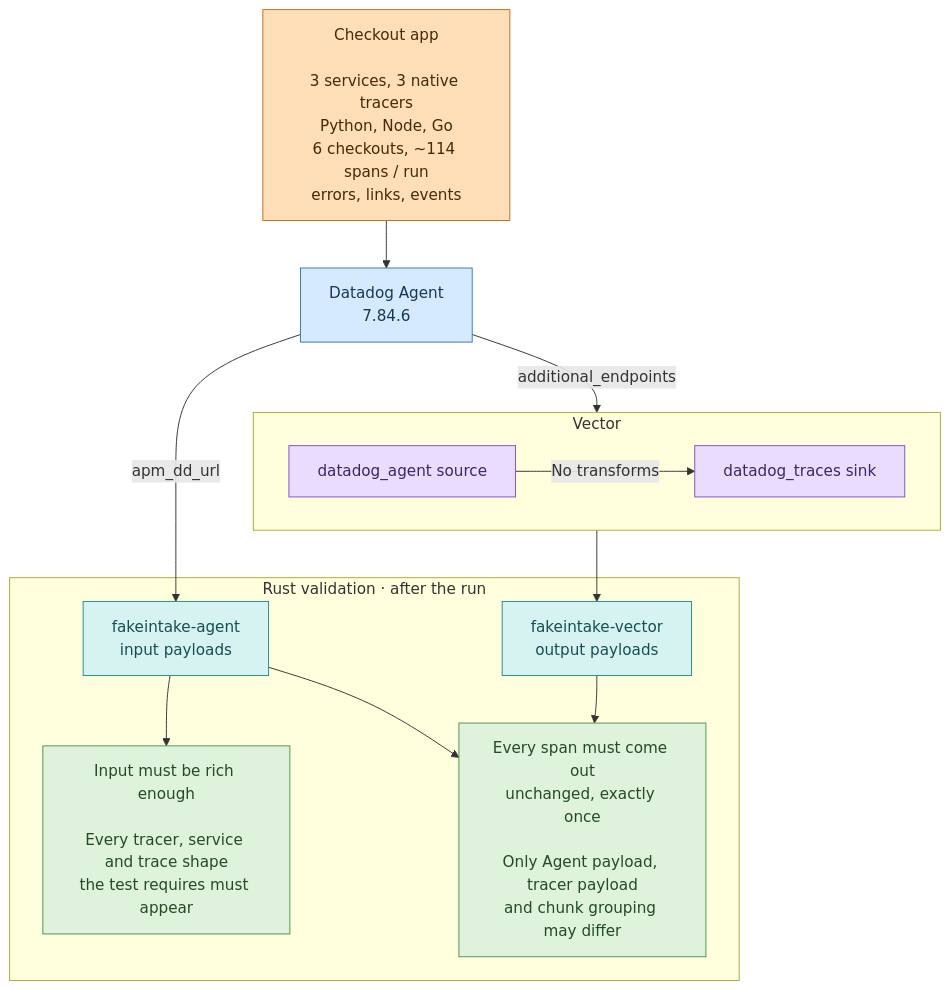
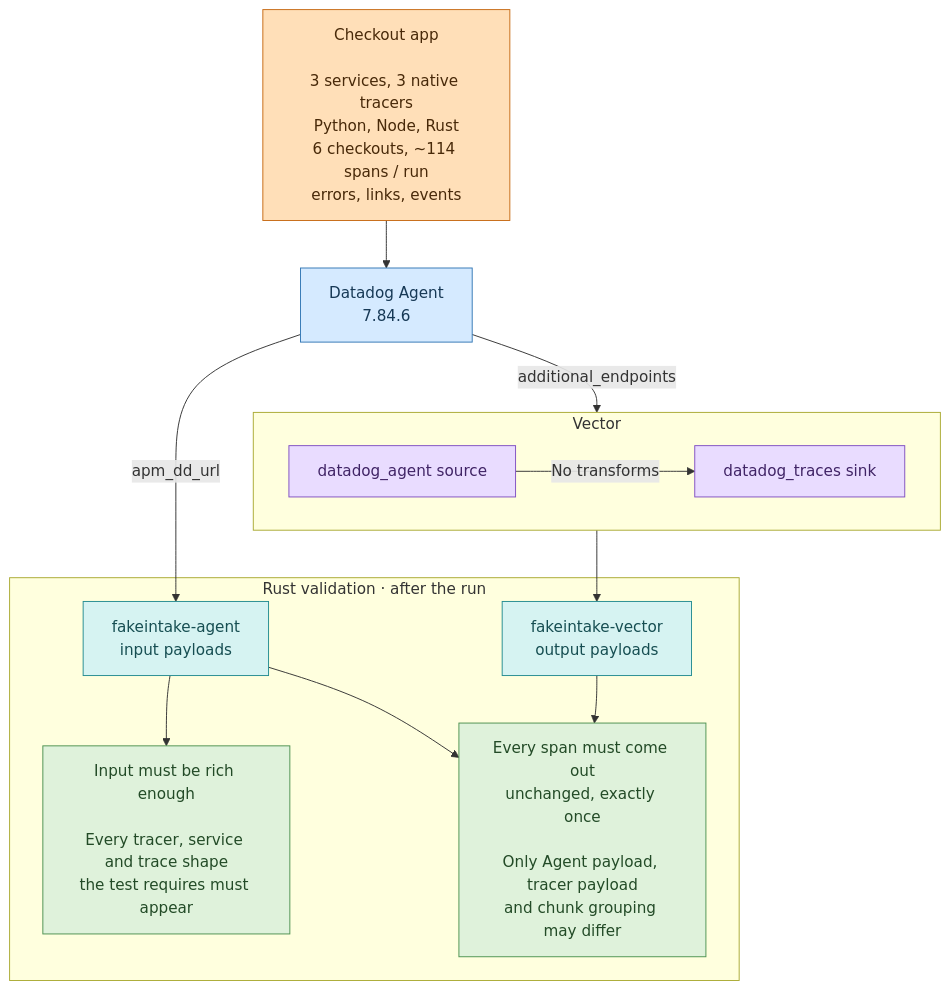
Before and after one commit to vectordotdev/vector: the diagram in tests/e2e/datadog-traces/README.md, drawn with Mermaid. The commit also changed other lines of this file and 10 other files, not shown here.

````diff
--- a/tests/e2e/datadog-traces/README.md
+++ b/tests/e2e/datadog-traces/README.md
@@ -12,30 +12,30 @@
 ```mermaid
 flowchart TB
-    app["Checkout app<br/><br/>3 services, 3 native tracers<br/>Python, Node, Go<br/>6 checkouts, ~114 spans / run<br/>errors, links, events"] --> agent["Datadog Agent<br/>7.84.6"]
+    app["Checkout app<br/><br/>3 services, 3 native tracers<br/>Python, Node, Rust<br/>6 checkouts, ~114 spans / run<br/>errors, links, events"] --> agent["Datadog Agent<br/>7.84.6"]
     agent -->|"apm_dd_url"| input
     agent -->|"additional_endpoints"| vector
     subgraph vector["Vector"]
         source["datadog_agent source"] -->|"No transforms"| sink["datadog_traces sink"]
     end
     vector --> output
     subgraph validation["Rust validation · after the run"]
         input["fakeintake-agent<br/>input payloads"]
         output["fakeintake-vector<br/>output payloads"]
         coverage["Input must be rich enough<br/><br/>Every tracer, service and trace shape<br/>the test requires must appear"]
         preservation["Every span must come out<br/>unchanged, exactly once<br/><br/>Only Agent payload, tracer payload<br/>and chunk grouping may differ"]
     end
     input --> coverage
     input --> preservation
     output --> preservation
 
     classDef app fill:#ffdfb8,stroke:#c76b15,color:#482909
     classDef agentNode fill:#d5eaff,stroke:#3377b5,color:#173956
     classDef vectorNode fill:#e9dcff,stroke:#8050c2,color:#402466
     classDef capture fill:#d6f3f2,stroke:#248c91,color:#164e52
     classDef check fill:#dff2db,stroke:#4d9251,color:#234b27
     class app app
     class agent agentNode
     class source,sink vectorNode
     class input,output capture
     class coverage,preservation check
 ```
````
